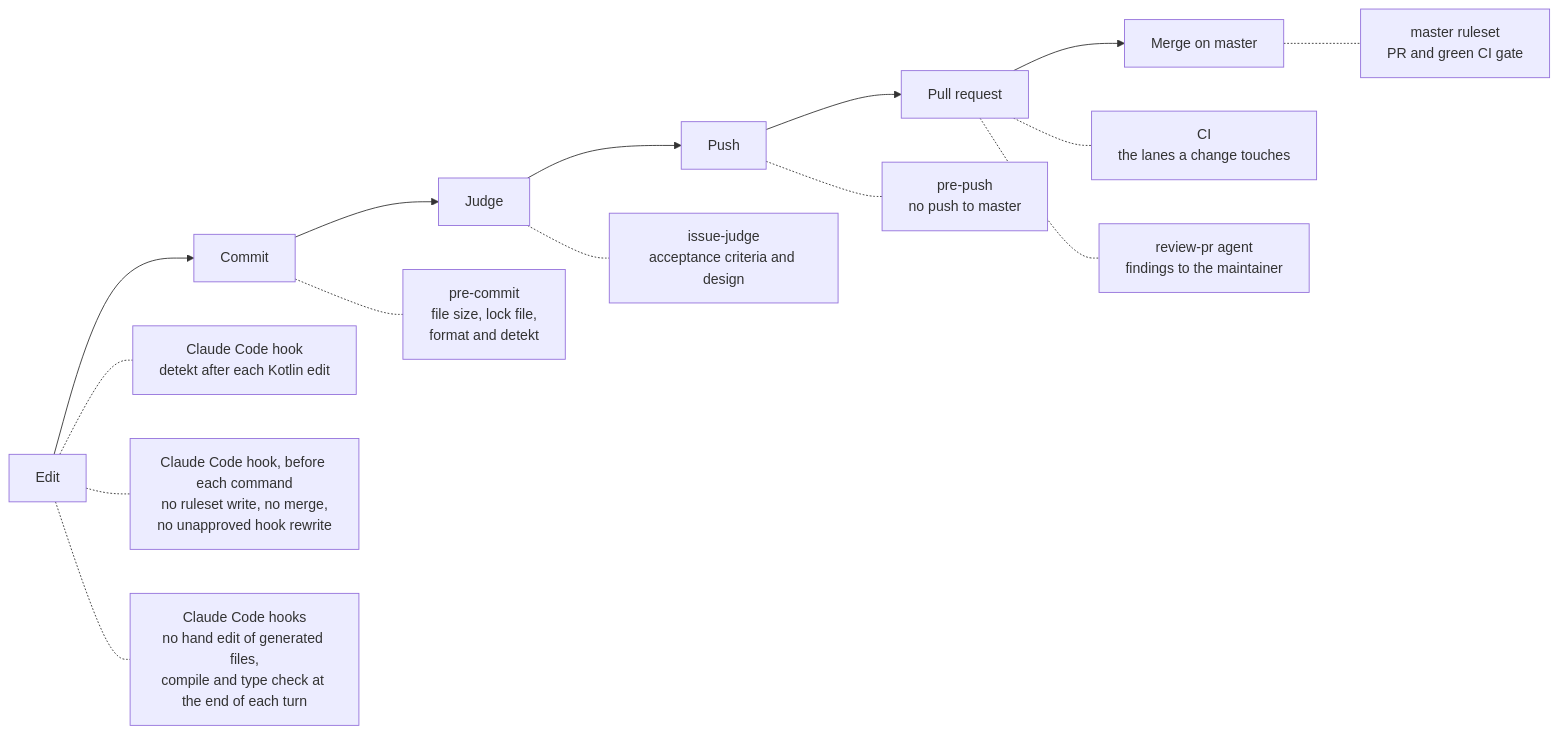
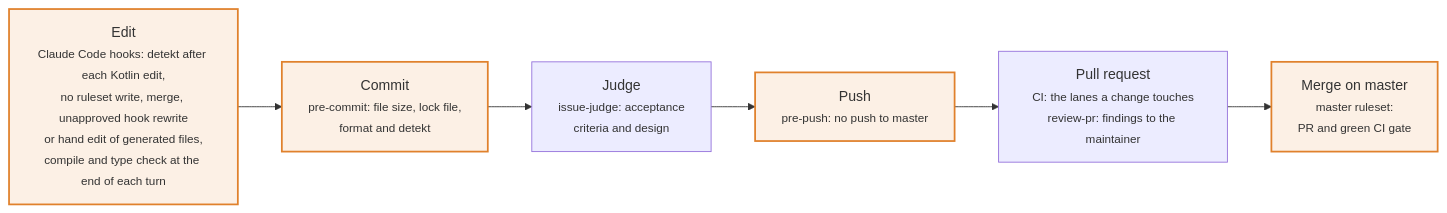
The diagram in docs/content/en/1.engineering/6.coding-assistants/1.harness.md (mboisnard/drinkit), drawn with Mermaid before and after one commit. The commit also changed 8 other files, not shown here.

First line of the commit message:
[DOCUMENTATION] Draw the diagrams as simply as the A+ design (#666)

````diff
--- a/docs/content/en/1.engineering/6.coding-assistants/1.harness.md
+++ b/docs/content/en/1.engineering/6.coding-assistants/1.harness.md
@@ -38,13 +38,11 @@
 ```mermaid
 flowchart LR
-  edit[Edit] --> commit[Commit] --> judge[Judge] --> push[Push] --> pr[Pull request] --> merge[Merge on master]
-  edit -.- claude[Claude Code hook<br/>detekt after each Kotlin edit]
-  edit -.- guard[Claude Code hook, before each command<br/>no ruleset write, no merge,<br/>no unapproved hook rewrite]
-  edit -.- generated[Claude Code hooks<br/>no hand edit of generated files,<br/>compile and type check at the end of each turn]
-  commit -.- precommit[pre-commit<br/>file size, lock file,<br/>format and detekt]
-  judge -.- issuejudge[issue-judge<br/>acceptance criteria and design]
-  push -.- prepush[pre-push<br/>no push to master]
-  pr -.- ci[CI<br/>the lanes a change touches]
-  pr -.- review[review-pr agent<br/>findings to the maintainer]
-  merge -.- ruleset[master ruleset<br/>PR and green CI gate]
+  edit["Edit<br/><small>Claude Code hooks: detekt after each Kotlin edit,<br/>no ruleset write, merge, unapproved hook rewrite<br/>or hand edit of generated files,<br/>compile and type check at the end of each turn</small>"]:::enforce
+  commit["Commit<br/><small>pre-commit: file size, lock file,<br/>format and detekt</small>"]:::enforce
+  judge["Judge<br/><small>issue-judge: acceptance<br/>criteria and design</small>"]
+  push["Push<br/><small>pre-push: no push to master</small>"]:::enforce
+  pr["Pull request<br/><small>CI: the lanes a change touches<br/>review-pr: findings to the maintainer</small>"]
+  merge["Merge on master<br/><small>master ruleset:<br/>PR and green CI gate</small>"]:::enforce
+  edit --> commit --> judge --> push --> pr --> merge
+  classDef enforce fill:#e0812c1f,stroke:#e0812c,stroke-width:2px
 ```
````
